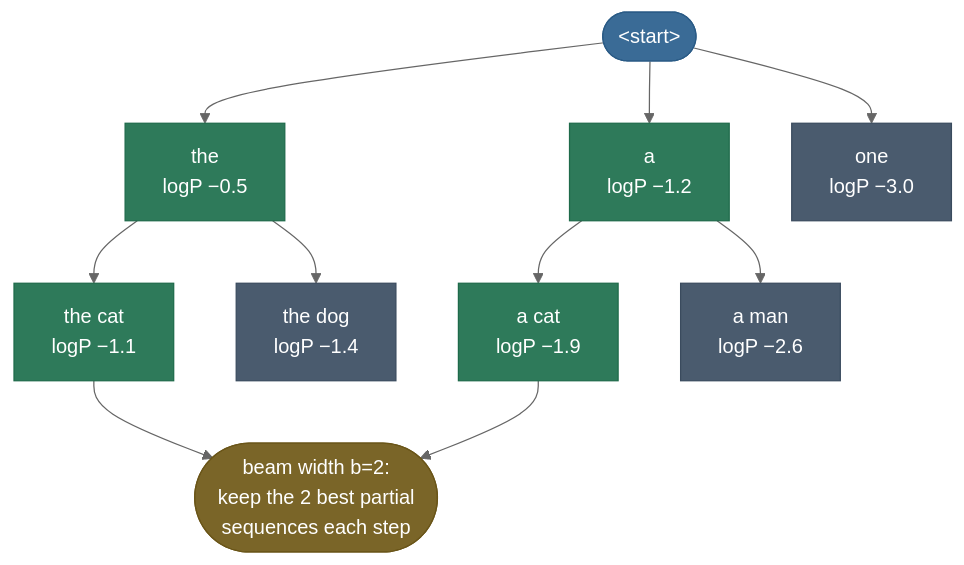
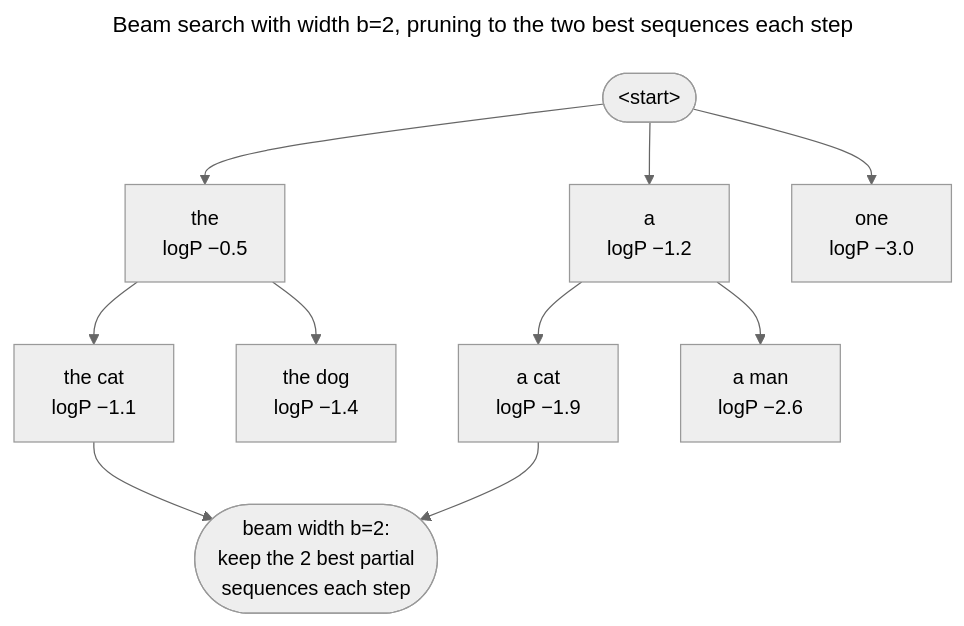
The third of 4 diagrams in inference-and-serving/decoding-and-sampling/decoding-and-sampling.md (sudhir13s/ai-ml-learning-resources), drawn with Mermaid (neutral theme) before and after one commit. The commit also changed other lines of this file, not shown here.

````diff
--- a/inference-and-serving/decoding-and-sampling/decoding-and-sampling.md
+++ b/inference-and-serving/decoding-and-sampling/decoding-and-sampling.md
@@ -145,18 +208,19 @@
 ```mermaid
+---
+title: Beam search with width b=2, pruning to the two best sequences each step
+---
 graph TD
-    R(["&lt;start&gt;"]):::data
-    R --> A["the<br/>logP −0.5"]:::keep
-    R --> B["a<br/>logP −1.2"]:::keep
-    R --> C["one<br/>logP −3.0"]:::drop
-    A --> A1["the cat<br/>logP −1.1"]:::keep
-    A --> A2["the dog<br/>logP −1.4"]:::drop
-    B --> B1["a cat<br/>logP −1.9"]:::keep
-    B --> B2["a man<br/>logP −2.6"]:::drop
-    A1 --> done(["beam width b=2:<br/>keep the 2 best partial<br/>sequences each step"]):::amber
+    R(["&lt;start&gt;"])
+    R --> A["the<br/>logP −0.5"]
+    R --> B["a<br/>logP −1.2"]
+    R --> C["one<br/>logP −3.0"]
+    A --> A1["the cat<br/>logP −1.1"]
+    A --> A2["the dog<br/>logP −1.4"]
+    B --> B1["a cat<br/>logP −1.9"]
+    B --> B2["a man<br/>logP −2.6"]
+    A1 --> done(["beam width b=2:<br/>keep the 2 best partial<br/>sequences each step"])
     B1 --> done
 
-    classDef data fill:#3A6B96,stroke:#2A5B86,color:#fff
-    classDef keep fill:#2E7A5A,stroke:#1E6A4A,color:#fff
-    classDef drop fill:#4A5B6E,stroke:#3A4B5E,color:#fff
-    classDef amber fill:#7A6528,stroke:#6A5518,color:#fff
+    class A,B,A1,B1 success
+    class done focus
 ```
````
